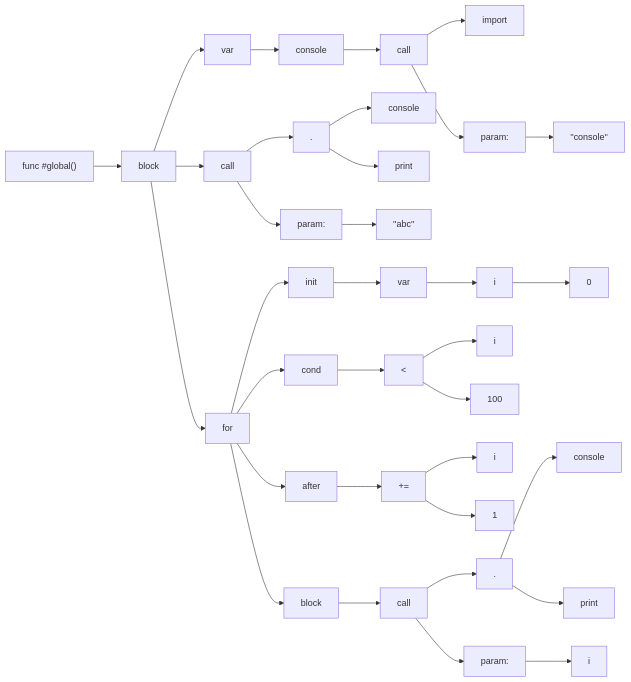
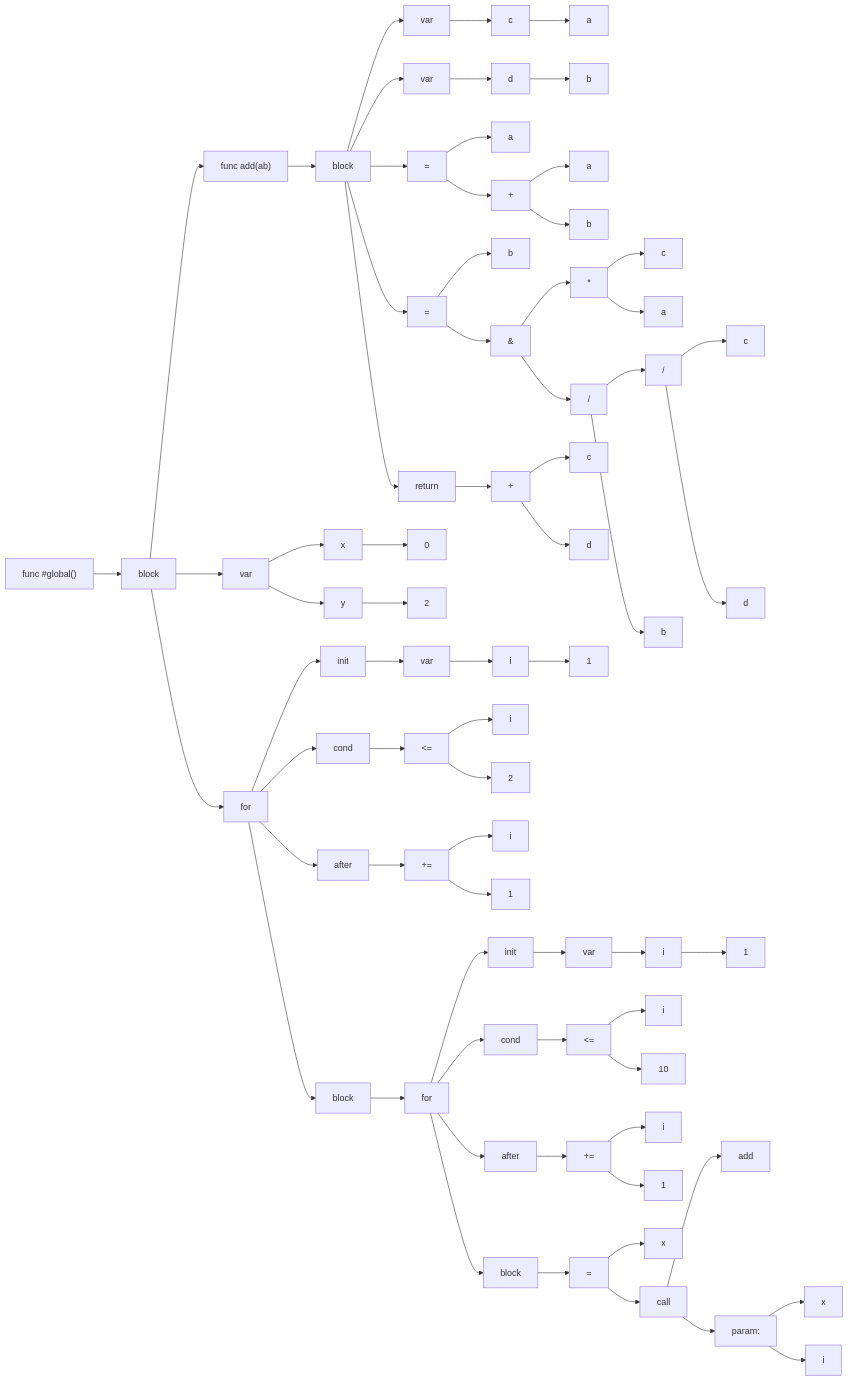
One commit to rick-200/Rapid changed the diagram in graph.md. Above: the diagram before and after it, drawn with Mermaid. The commit also changed 12 other files, not shown here.

````diff
--- a/graph.md
+++ b/graph.md
@@ -2,69 +2,141 @@
 graph LR
 1["func #global()"]
 2["block"]
-3["var"]
-4["console"]
+3["func add(ab)"]
+4["block"]
+5["var"]
+6["c"]
+5-->6
+7["a"]
+6-->7
+4-->5
+8["var"]
+9["d"]
+8-->9
+A["b"]
+9-->A
+4-->8
+B["="]
+C["a"]
+D["+"]
+E["a"]
+F["b"]
+D-->E
+D-->F
+B-->C
+B-->D
+4-->B
+10["="]
+11["b"]
+12["&"]
+13["*"]
+14["c"]
+15["a"]
+13-->14
+13-->15
+16["/"]
+17["/"]
+18["c"]
+19["d"]
+17-->18
+17-->19
+1A["b"]
+16-->17
+16-->1A
+12-->13
+12-->16
+10-->11
+10-->12
+4-->10
+1B["return"]
+1C["+"]
+1D["c"]
+1E["d"]
+1C-->1D
+1C-->1E
+1B-->1C
+4-->1B
 3-->4
-5["call"]
-6["import"]
-5-->6
-7["param:"]
-5-->7
-8["''console''"]
-7-->8
-4-->5
 2-->3
-9["call"]
-A["."]
-B["console"]
-C["print"]
-A-->B
-A-->C
-9-->A
-D["param:"]
-9-->D
-E["''abc''"]
-D-->E
-2-->9
-F["for"]
-10["init"]
-F-->10
-11["var"]
-12["i"]
-11-->12
-13["0"]
-12-->13
-10-->11
-14["cond"]
-F-->14
-15["<"]
-16["i"]
-17["100"]
-15-->16
-15-->17
-14-->15
-18["after"]
-F-->18
-19["+="]
-1A["i"]
-1B["1"]
-19-->1A
-19-->1B
-18-->19
-1C["block"]
-1D["call"]
-1E["."]
-1F["console"]
-20["print"]
-1E-->1F
-1E-->20
-1D-->1E
-21["param:"]
-1D-->21
-22["i"]
-21-->22
-1C-->1D
-F-->1C
-2-->F
+1F["var"]
+20["x"]
+1F-->20
+21["0"]
+20-->21
+22["y"]
+1F-->22
+23["2"]
+22-->23
+2-->1F
+24["for"]
+25["init"]
+24-->25
+26["var"]
+27["i"]
+26-->27
+28["1"]
+27-->28
+25-->26
+29["cond"]
+24-->29
+2A["<="]
+2B["i"]
+2C["2"]
+2A-->2B
+2A-->2C
+29-->2A
+2D["after"]
+24-->2D
+2E["+="]
+2F["i"]
+30["1"]
+2E-->2F
+2E-->30
+2D-->2E
+31["block"]
+32["for"]
+33["init"]
+32-->33
+34["var"]
+35["i"]
+34-->35
+36["1"]
+35-->36
+33-->34
+37["cond"]
+32-->37
+38["<="]
+39["i"]
+3A["10"]
+38-->39
+38-->3A
+37-->38
+3B["after"]
+32-->3B
+3C["+="]
+3D["i"]
+3E["1"]
+3C-->3D
+3C-->3E
+3B-->3C
+3F["block"]
+40["="]
+41["x"]
+42["call"]
+43["add"]
+42-->43
+44["param:"]
+42-->44
+45["x"]
+44-->45
+46["i"]
+44-->46
+40-->41
+40-->42
+3F-->40
+32-->3F
+31-->32
+24-->31
+2-->24
 1-->2
 ```
````
